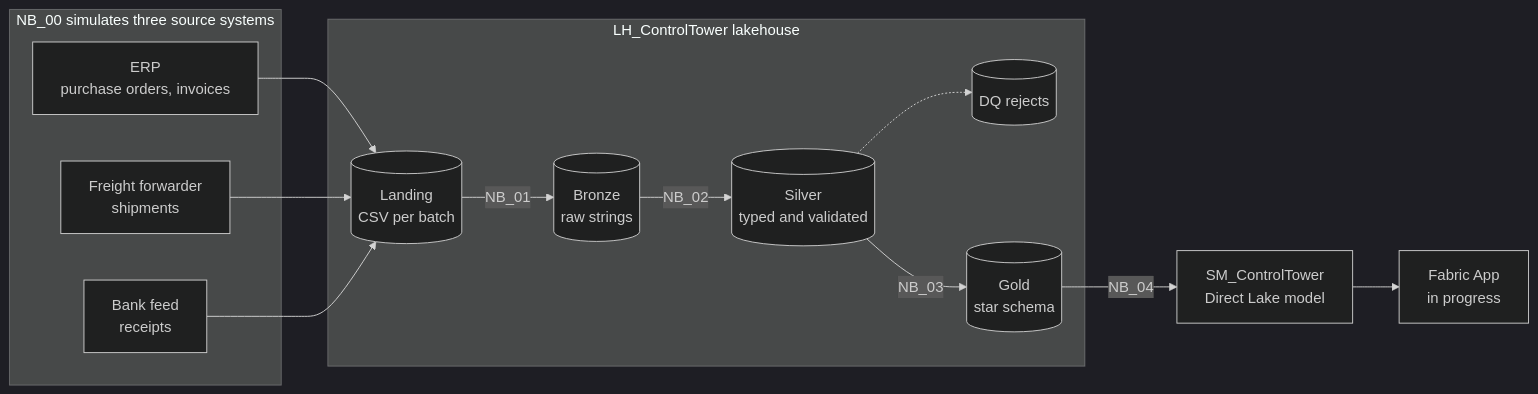
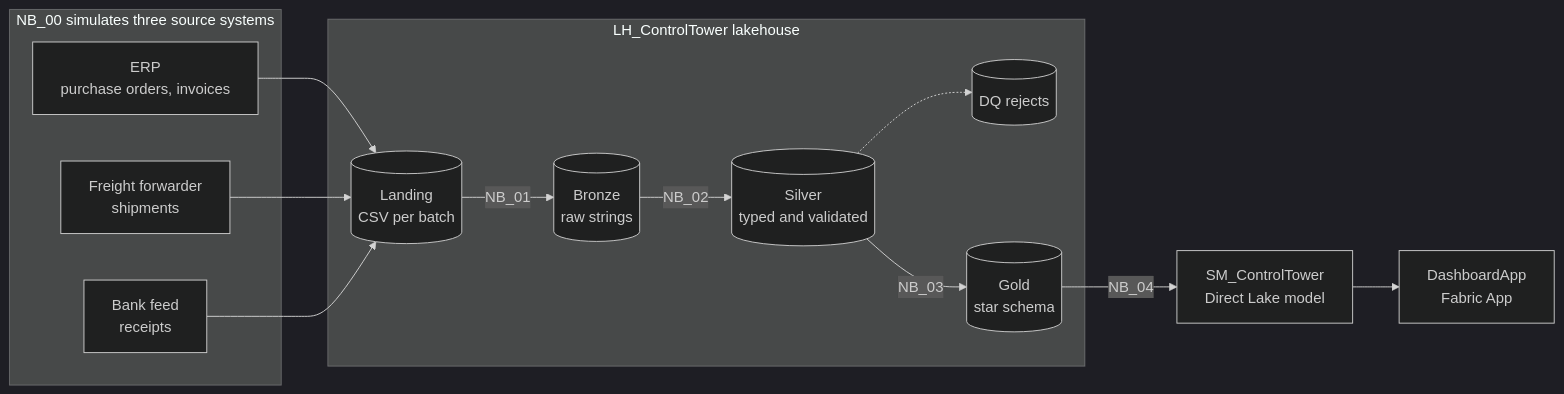
Before and after one commit to shubhammore15/ImportControlTowerProject: the first of 4 diagrams in README.md, drawn with Mermaid (dark theme). The commit also changed other lines of this file and 5 other files, not shown here.

````diff
--- a/README.md
+++ b/README.md
@@ -31,26 +45,26 @@
 ```mermaid
 flowchart LR
     subgraph SRC["NB_00 simulates three source systems"]
         ERP["ERP<br/>purchase orders, invoices"]
         FWD["Freight forwarder<br/>shipments"]
         BANK["Bank feed<br/>receipts"]
     end
     subgraph LH["LH_ControlTower lakehouse"]
         LAND[("Landing<br/>CSV per batch")]
         BRZ[("Bronze<br/>raw strings")]
         SLV[("Silver<br/>typed and validated")]
         REJ[("DQ rejects")]
         GLD[("Gold<br/>star schema")]
     end
     SM["SM_ControlTower<br/>Direct Lake model"]
-    APP["Fabric App<br/>in progress"]
+    APP["DashboardApp<br/>Fabric App"]
     ERP --> LAND
     FWD --> LAND
     BANK --> LAND
     LAND -->|NB_01| BRZ
     BRZ -->|NB_02| SLV
     SLV -.-> REJ
     SLV -->|NB_03| GLD
     GLD -->|NB_04| SM
     SM --> APP
 ```
````
